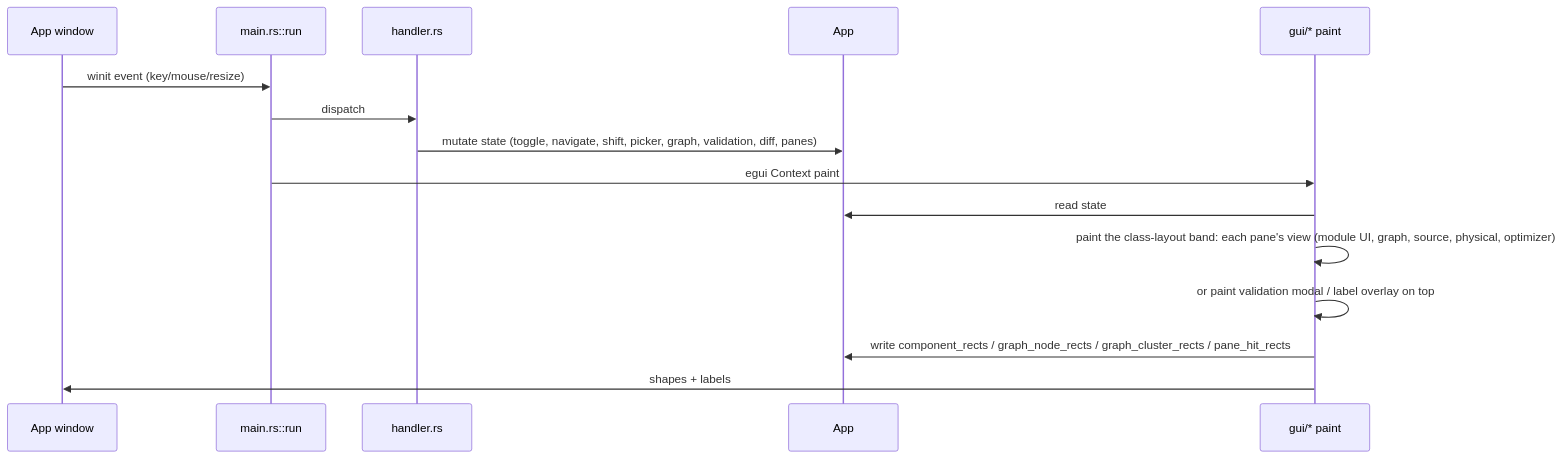
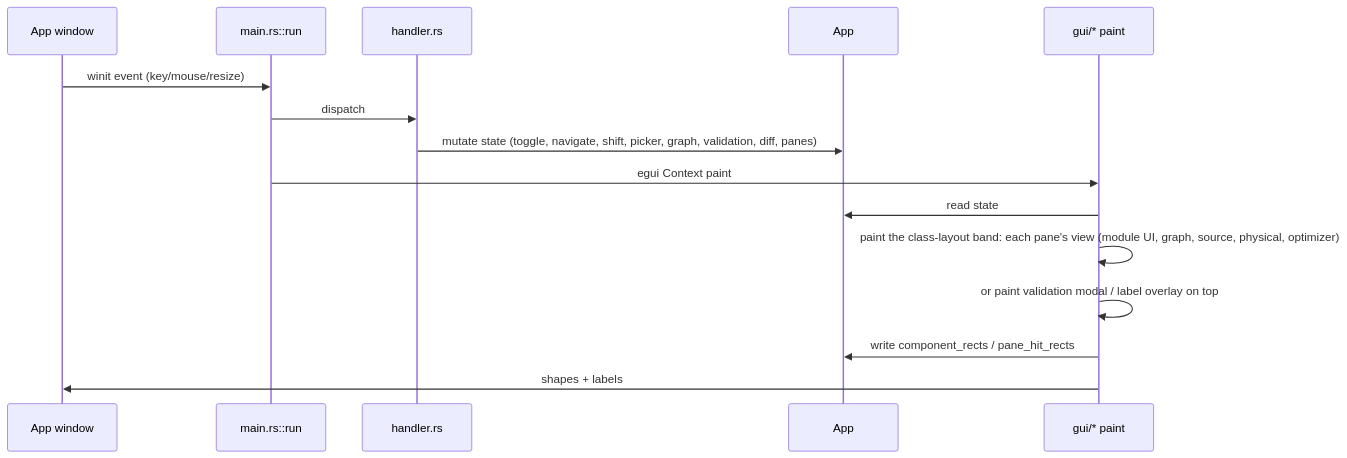
The second of 5 diagrams in ARCHITECTURE.md (moonstruxx/droid-buddy), drawn with Mermaid before and after one commit. The commit also changed other lines of this file and 5 other files, not shown here.

````diff
--- a/ARCHITECTURE.md
+++ b/ARCHITECTURE.md
@@ -345,17 +345,17 @@
 ```mermaid
 sequenceDiagram
     participant W as App window
     participant L as main.rs::run
     participant H as handler.rs
     participant A as App
     participant G as gui/* paint
     W->>L: winit event (key/mouse/resize)
     L->>H: dispatch
     H->>A: mutate state (toggle, navigate, shift, picker, graph, validation, diff, panes)
     L->>G: egui Context paint
     G->>A: read state
     G->>G: paint the class-layout band: each pane's view (module UI, graph, source, physical, optimizer)
     G->>G: or paint validation modal / label overlay on top
-    G->>A: write component_rects / graph_node_rects / graph_cluster_rects / pane_hit_rects
+    G->>A: write component_rects / pane_hit_rects
     G->>W: shapes + labels
 ```
````
